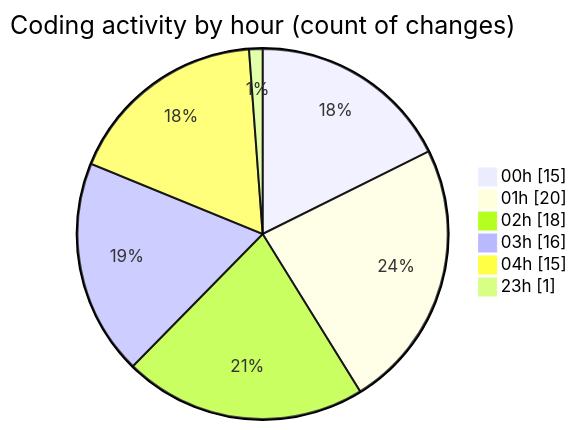
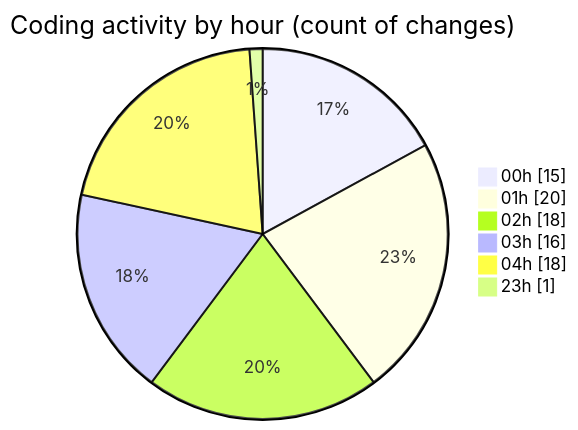
The second of 2 diagrams in 2025-08-04/studybuddy/README.md (lephambinh05/code-tracking), drawn with Mermaid before and after one commit. The commit also changed other lines of this file and 1 other file, not shown here.

````diff
--- a/2025-08-04/studybuddy/README.md
+++ b/2025-08-04/studybuddy/README.md
@@ -55,10 +55,10 @@
 ```mermaid
 pie showData
 title Coding activity by hour (count of changes)
 "00h" : 15
 "01h" : 20
 "02h" : 18
 "03h" : 16
-"04h" : 15
+"04h" : 18
 "23h" : 1
 ```
````
